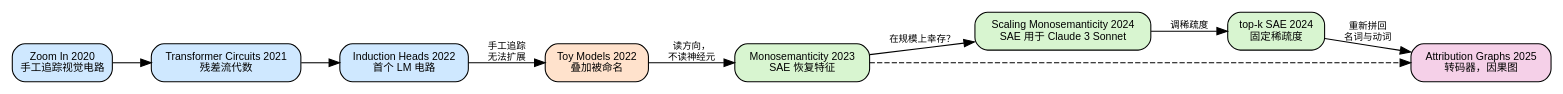
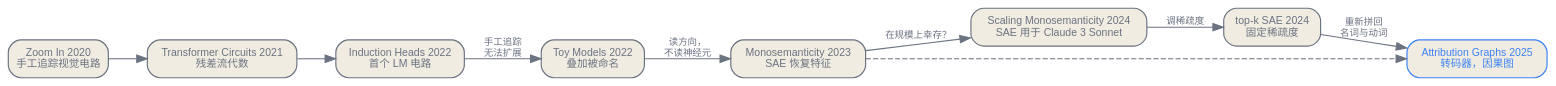
One commit to latere-ai/ai-as-an-infrastructure changed the second of 2 diagrams in zh/p8-safety/32-mechanistic-interpretability.qmd. Above: the diagram before and after it, drawn with Graphviz. The commit also changed 186 other files, not shown here.

First line of the commit message:
book: visual audit pass on all diagrams and figures

````diff
--- a/zh/p8-safety/32-mechanistic-interpretability.qmd
+++ b/zh/p8-safety/32-mechanistic-interpretability.qmd
@@ -143,26 +143,27 @@
 ```{dot}
 //| label: fig-interpretability-lineage
 //| fig-cap: "机械可解释性的谱系，从手工追踪的电路，经学习出的特征，到因果归因图。每个箭头标出逼出下一步的那个极限。"
 digraph lineage {
   rankdir=LR;
-  node [shape=box, style="rounded,filled", fontname="Helvetica", fontsize=10, fillcolor="#eeeeee"];
-  edge [fontname="Helvetica", fontsize=9];
+  bgcolor="transparent";
+  node [shape=box, style="rounded,filled", fontname="Helvetica", fontsize=10, color="#6b7280", fontcolor="#6b7280", fillcolor="#f1ece1", penwidth=1.1];
+  edge [fontname="Helvetica", fontsize=9, color="#6b7280", fontcolor="#6b7280"];
 
-  zoomin [label="Zoom In 2020\n手工追踪视觉电路", fillcolor="#cfe8ff"];
-  framework [label="Transformer Circuits 2021\n残差流代数", fillcolor="#cfe8ff"];
-  induction [label="Induction Heads 2022\n首个 LM 电路", fillcolor="#cfe8ff"];
-  toymodels [label="Toy Models 2022\n叠加被命名", fillcolor="#ffe2cc"];
-  sae [label="Monosemanticity 2023\nSAE 恢复特征", fillcolor="#d8f5d0"];
-  scaling [label="Scaling Monosemanticity 2024\nSAE 用于 Claude 3 Sonnet", fillcolor="#d8f5d0"];
-  topk [label="top-k SAE 2024\n固定稀疏度", fillcolor="#d8f5d0"];
-  attrib [label="Attribution Graphs 2025\n转码器，因果图", fillcolor="#f5d0e8"];
+  zoomin [label="Zoom In 2020\n手工追踪视觉电路"];
+  framework [label="Transformer Circuits 2021\n残差流代数"];
+  induction [label="Induction Heads 2022\n首个 LM 电路"];
+  toymodels [label="Toy Models 2022\n叠加被命名"];
+  sae [label="Monosemanticity 2023\nSAE 恢复特征"];
+  scaling [label="Scaling Monosemanticity 2024\nSAE 用于 Claude 3 Sonnet"];
+  topk [label="top-k SAE 2024\n固定稀疏度"];
+  attrib [label="Attribution Graphs 2025\n转码器，因果图", color="#3b82f6", fontcolor="#3b82f6"];
 
   zoomin -> framework -> induction;
   induction -> toymodels [label="手工追踪\n无法扩展"];
   toymodels -> sae [label="读方向，\n不读神经元"];
   sae -> scaling [label="在规模上幸存？"];
   scaling -> topk [label="调稀疏度"];
   topk -> attrib [label="重新拼回\n名词与动词"];
   sae -> attrib [style=dashed];
 }
 ```
````
